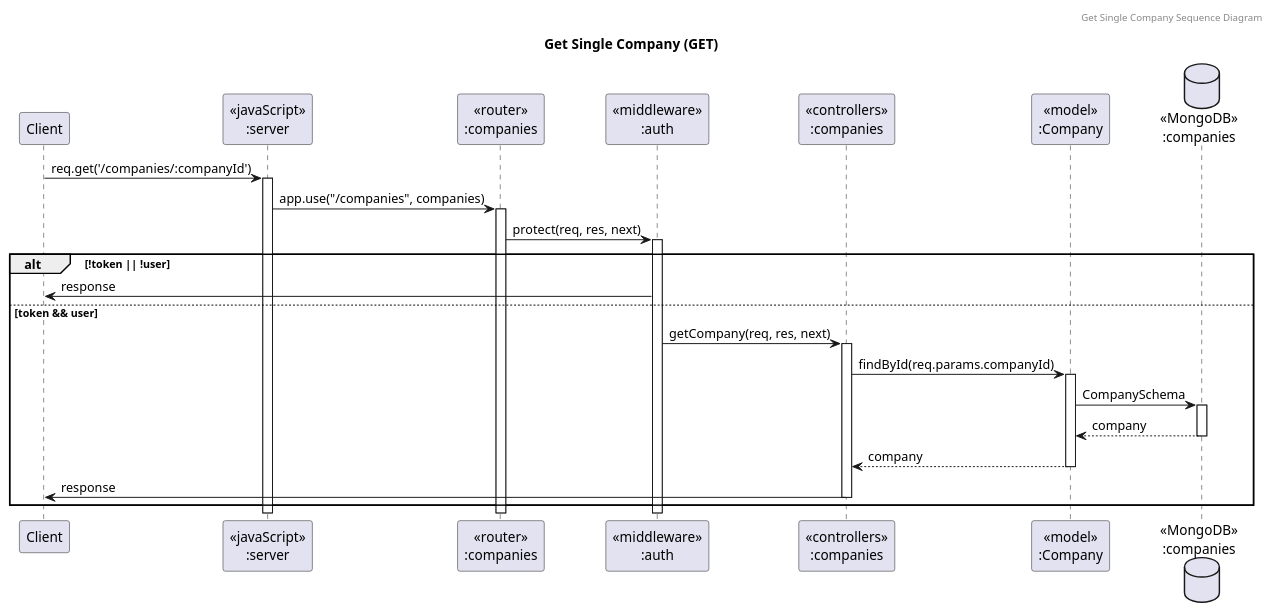
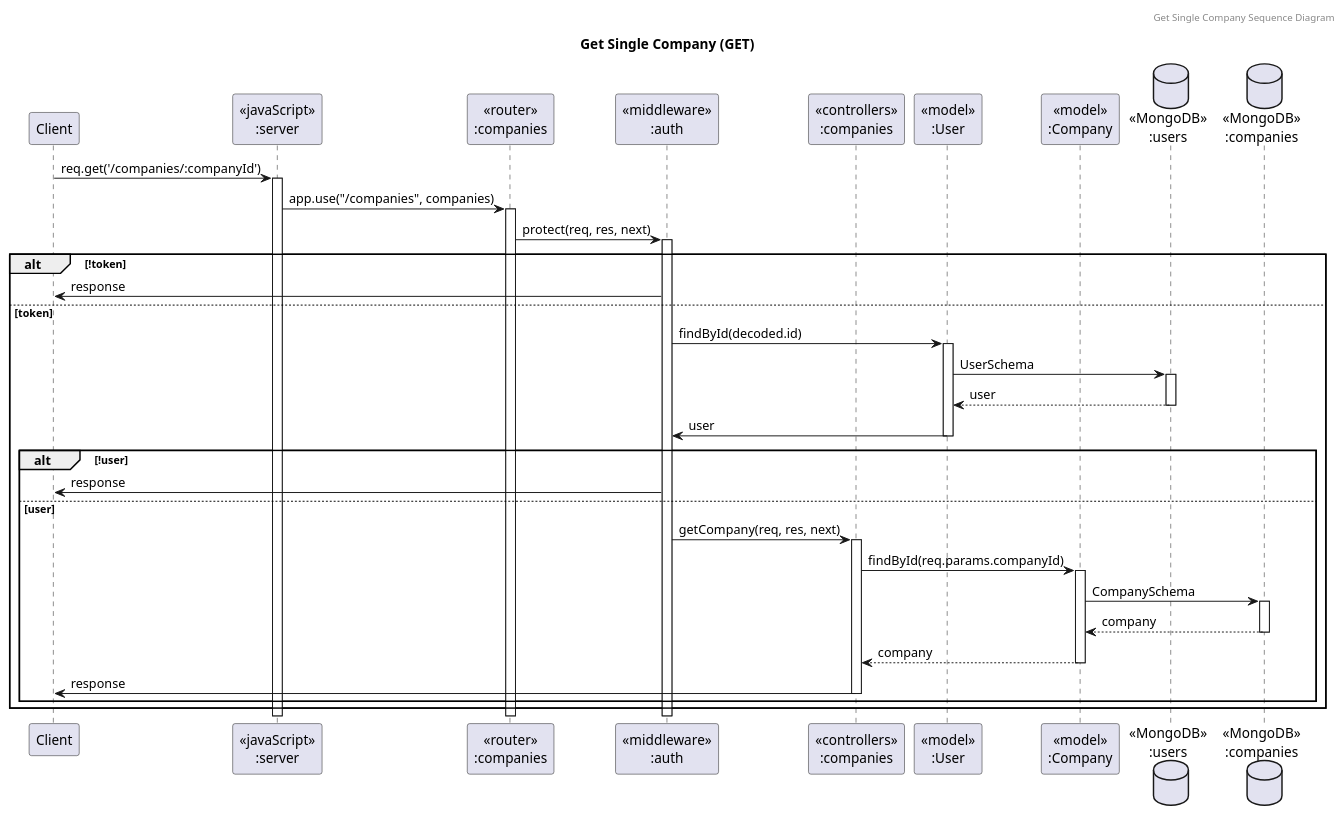
The diagram in diagrams/sequence_diagram/company/get_single_company.puml (its144prelationship-study/swdevprac-project), drawn with PlantUML before and after one commit. The commit also changed 30 other files, not shown here.

Commit message:
fix: fix middleware sequence diagram

```diff
--- a/diagrams/sequence_diagram/company/get_single_company.puml
+++ b/diagrams/sequence_diagram/company/get_single_company.puml
@@ -1,28 +1,38 @@
 @startuml Get Single Company (GET)
 
 header Get Single Company Sequence Diagram
 title "Get Single Company (GET)"
 
 participant "Client" as client
 participant "<<javaScript>>\n:server" as server
 participant "<<router>>\n:companies" as routerCompanies
 participant "<<middleware>>\n:auth" as authMiddleware
 participant "<<controllers>>\n:companies" as controllersCompanies
+participant "<<model>>\n:User" as modelUser
 participant "<<model>>\n:Company" as modelCompanies
+database "<<MongoDB>>\n:users" as UsersDatabase
 database "<<MongoDB>>\n:companies" as CompaniesDatabase
 
 client -> server ++:req.get('/companies/:companyId')
 server -> routerCompanies ++:app.use("/companies", companies)
 routerCompanies -> authMiddleware ++:protect(req, res, next)
-alt !token || !user
+alt !token 
     authMiddleware -> client :response
-else token && user
-    authMiddleware -> controllersCompanies ++:getCompany(req, res, next)
-    controllersCompanies -> modelCompanies ++:findById(req.params.companyId)
-    modelCompanies -> CompaniesDatabase ++: CompanySchema
-    CompaniesDatabase --> modelCompanies --: company
-    controllersCompanies <-- modelCompanies --: company
-    controllersCompanies -> client --: response
+else token
+    authMiddleware -> modelUser ++:findById(decoded.id)
+    modelUser -> UsersDatabase ++: UserSchema
+    UsersDatabase --> modelUser --: user
+    modelUser -> authMiddleware --: user
+    alt !user
+        authMiddleware -> client :response
+    else user
+        authMiddleware -> controllersCompanies ++:getCompany(req, res, next)
+        controllersCompanies -> modelCompanies ++:findById(req.params.companyId)
+        modelCompanies -> CompaniesDatabase ++: CompanySchema
+        CompaniesDatabase --> modelCompanies --: company
+        controllersCompanies <-- modelCompanies --: company
+        controllersCompanies -> client --: response
+    end
 end
 
 @enduml
```
